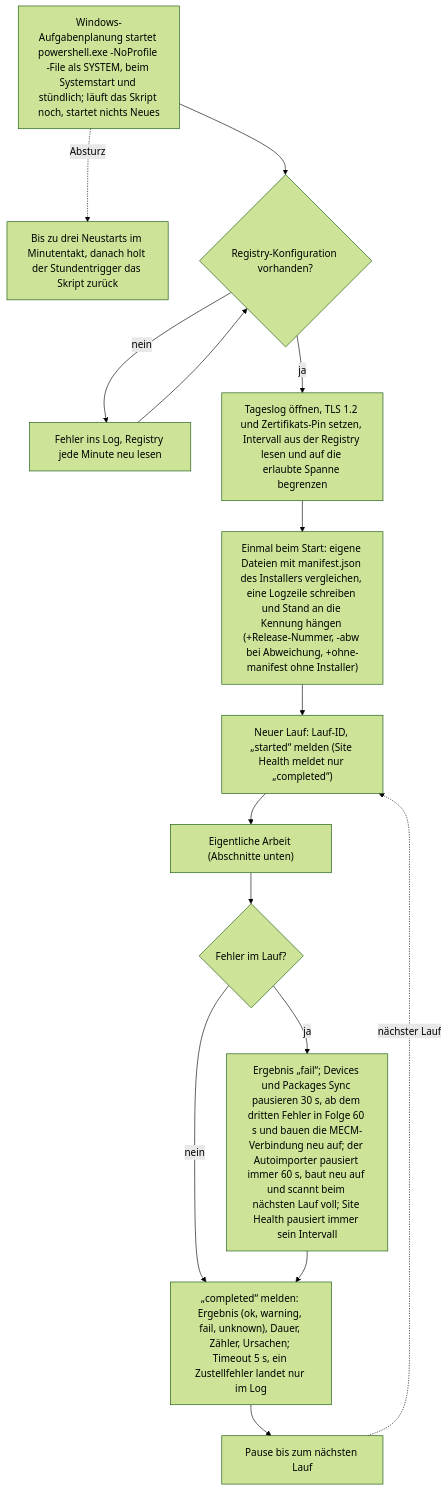
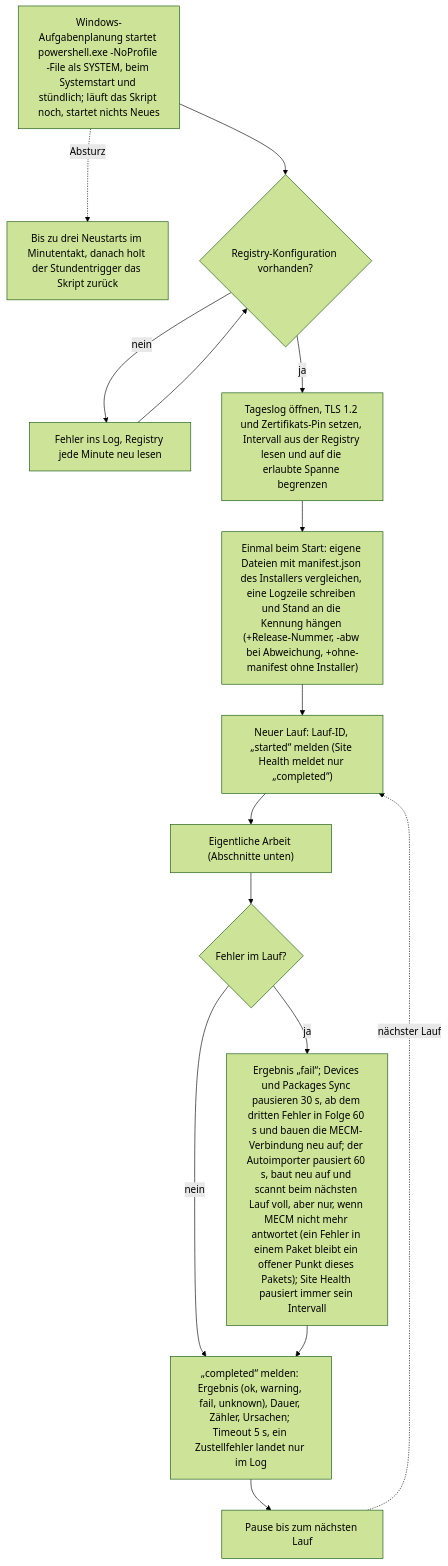
Before and after one commit to Samy94M/VirtuSphere-v2-WebApp: the first of 5 diagrams in docs/operations/mecm-scheduled-tasks.md, drawn with Mermaid (forest theme). The commit also changed other lines of this file and 13 other files, not shown here.

First line of the commit message:
Keep the autoimporter moving past open points and broken packages (AR1)

````diff
--- a/docs/operations/mecm-scheduled-tasks.md
+++ b/docs/operations/mecm-scheduled-tasks.md
@@ -20,17 +20,17 @@
 ```mermaid
 flowchart TD
   T["Windows-Aufgabenplanung startet powershell.exe -NoProfile -File als SYSTEM, beim Systemstart und stündlich; läuft das Skript noch, startet nichts Neues"]
   T -.->|Absturz| TR["Bis zu drei Neustarts im Minutentakt, danach holt der Stundentrigger das Skript zurück"]
   T --> C{"Registry-Konfiguration vorhanden?"}
   C -->|nein| CW["Fehler ins Log, Registry jede Minute neu lesen"] --> C
   C -->|ja| I["Tageslog öffnen, TLS 1.2 und Zertifikats-Pin setzen, Intervall aus der Registry lesen und auf die erlaubte Spanne begrenzen"]
   I --> B["Einmal beim Start: eigene Dateien mit manifest.json des Installers vergleichen, eine Logzeile schreiben und Stand an die Kennung hängen (+Release-Nummer, -abw bei Abweichung, +ohne-manifest ohne Installer)"]
   B --> S["Neuer Lauf: Lauf-ID, „started“ melden (Site Health meldet nur „completed“)"]
   S --> A["Eigentliche Arbeit (Abschnitte unten)"]
   A --> F{"Fehler im Lauf?"}
-  F -->|ja| E["Ergebnis „fail“; Devices und Packages Sync pausieren 30 s, ab dem dritten Fehler in Folge 60 s und bauen die MECM-Verbindung neu auf; der Autoimporter pausiert immer 60 s, baut neu auf und scannt beim nächsten Lauf voll; Site Health pausiert immer sein Intervall"]
+  F -->|ja| E["Ergebnis „fail“; Devices und Packages Sync pausieren 30 s, ab dem dritten Fehler in Folge 60 s und bauen die MECM-Verbindung neu auf; der Autoimporter pausiert 60 s, baut neu auf und scannt beim nächsten Lauf voll, aber nur, wenn MECM nicht mehr antwortet (ein Fehler in einem Paket bleibt ein offener Punkt dieses Pakets); Site Health pausiert immer sein Intervall"]
   F -->|nein| D
   E --> D["„completed“ melden: Ergebnis (ok, warning, fail, unknown), Dauer, Zähler, Ursachen; Timeout 5 s, ein Zustellfehler landet nur im Log"]
   D --> P["Pause bis zum nächsten Lauf"]
   P -.->|nächster Lauf| S
 ```
````
